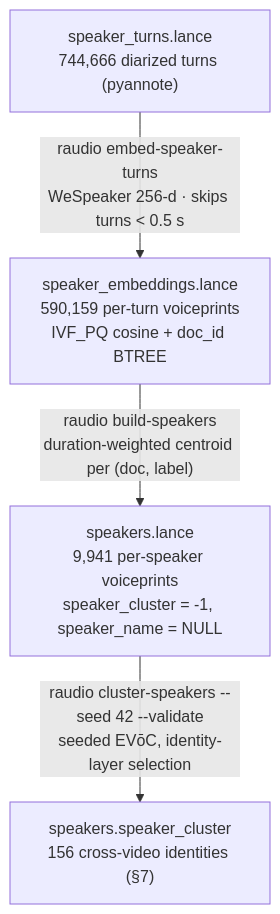
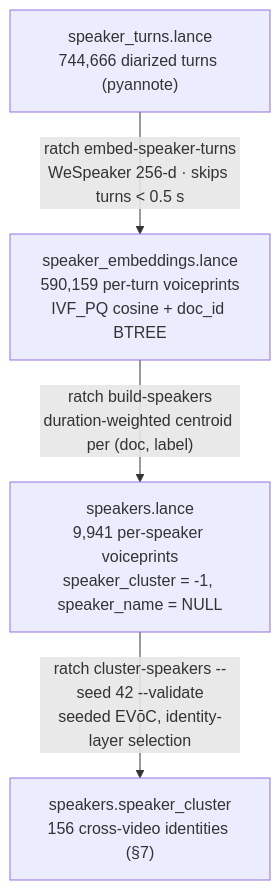
The diagram in docs/VOICE.md (Borg93/lance-audio-demo), drawn with Mermaid before and after one commit. The commit also changed other lines of this file and 191 other files, not shown here.

````diff
--- a/docs/VOICE.md
+++ b/docs/VOICE.md
@@ -121,7 +121,7 @@
 ```mermaid
 flowchart TD
     ST["speaker_turns.lance<br/>744,666 diarized turns (pyannote)"]
-    ST -->|"raudio embed-speaker-turns<br/>WeSpeaker 256-d · skips turns &lt; 0.5 s"| SE["speaker_embeddings.lance<br/>590,159 per-turn voiceprints<br/>IVF_PQ cosine + doc_id BTREE"]
-    SE -->|"raudio build-speakers<br/>duration-weighted centroid per (doc, label)"| SP["speakers.lance<br/>9,941 per-speaker voiceprints<br/>speaker_cluster = -1, speaker_name = NULL"]
-    SP -->|"raudio cluster-speakers --seed 42 --validate<br/>seeded EVōC, identity-layer selection"| CL["speakers.speaker_cluster<br/>156 cross-video identities (§7)"]
+    ST -->|"ratch embed-speaker-turns<br/>WeSpeaker 256-d · skips turns &lt; 0.5 s"| SE["speaker_embeddings.lance<br/>590,159 per-turn voiceprints<br/>IVF_PQ cosine + doc_id BTREE"]
+    SE -->|"ratch build-speakers<br/>duration-weighted centroid per (doc, label)"| SP["speakers.lance<br/>9,941 per-speaker voiceprints<br/>speaker_cluster = -1, speaker_name = NULL"]
+    SP -->|"ratch cluster-speakers --seed 42 --validate<br/>seeded EVōC, identity-layer selection"| CL["speakers.speaker_cluster<br/>156 cross-video identities (§7)"]
 ```
````
